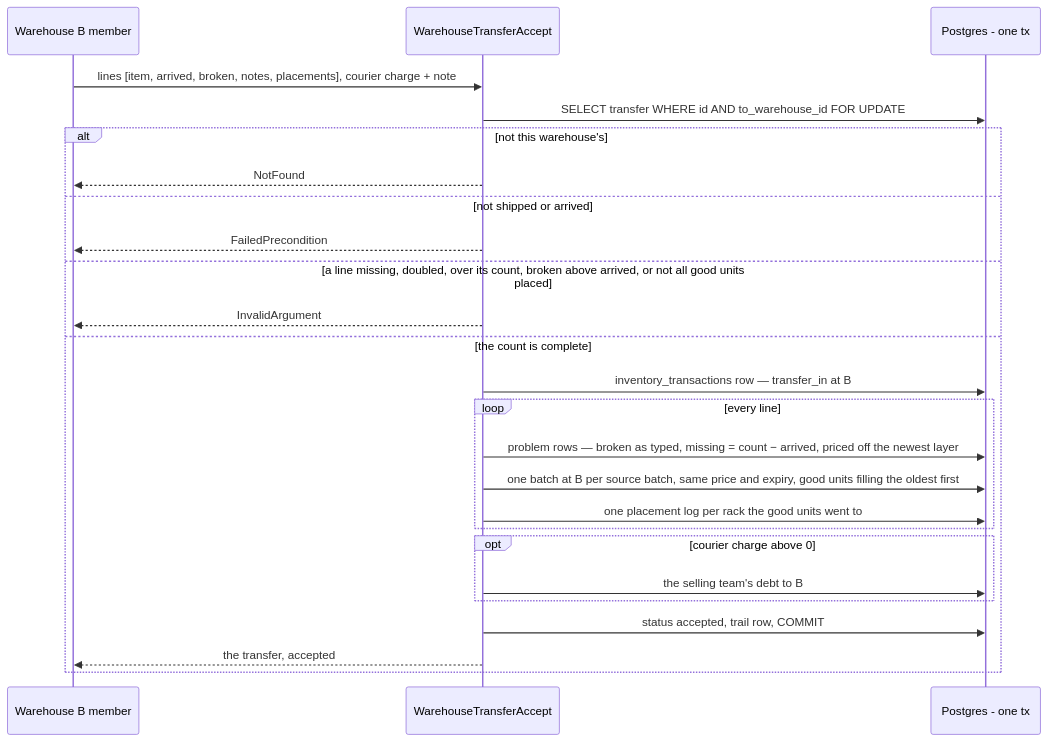
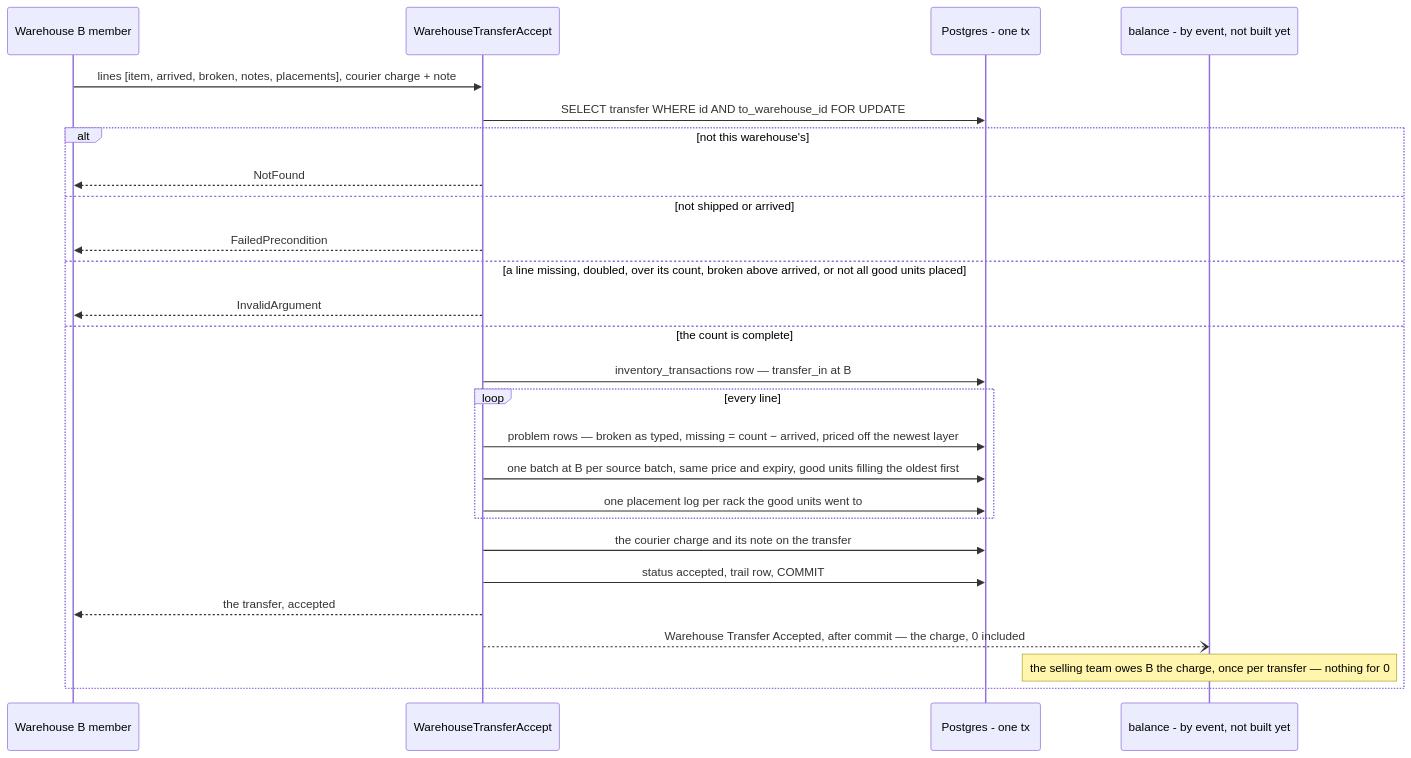
The sixth of 19 diagrams in docs/services/inventory_service/rpc.md (pdcgo/warehouse_revamp), drawn with Mermaid before and after one commit. The commit also changed other lines of this file and 124 other files, not shown here.

````diff
--- a/docs/services/inventory_service/rpc.md
+++ b/docs/services/inventory_service/rpc.md
@@ -237,28 +237,29 @@
 ```mermaid
 sequenceDiagram
     participant B as Warehouse B member
     participant H as WarehouseTransferAccept
     participant DB as Postgres - one tx
+    participant BAL as balance - by event, not built yet
 
     B->>H: lines [item, arrived, broken, notes, placements], courier charge + note
     H->>DB: SELECT transfer WHERE id AND to_warehouse_id FOR UPDATE
     alt not this warehouse's
         H-->>B: NotFound
     else not shipped or arrived
         H-->>B: FailedPrecondition
     else a line missing, doubled, over its count, broken above arrived, or not all good units placed
         H-->>B: InvalidArgument
     else the count is complete
         H->>DB: inventory_transactions row — transfer_in at B
         loop every line
             H->>DB: problem rows — broken as typed, missing = count − arrived, priced off the newest layer
             H->>DB: one batch at B per source batch, same price and expiry, good units filling the oldest first
             H->>DB: one placement log per rack the good units went to
         end
-        opt courier charge above 0
-            H->>DB: the selling team's debt to B
-        end
+        H->>DB: the courier charge and its note on the transfer
         H->>DB: status accepted, trail row, COMMIT
         H-->>B: the transfer, accepted
+        H--)BAL: Warehouse Transfer Accepted, after commit — the charge, 0 included
+        Note over BAL: the selling team owes B the charge, once per transfer — nothing for 0
     end
 ```
````
